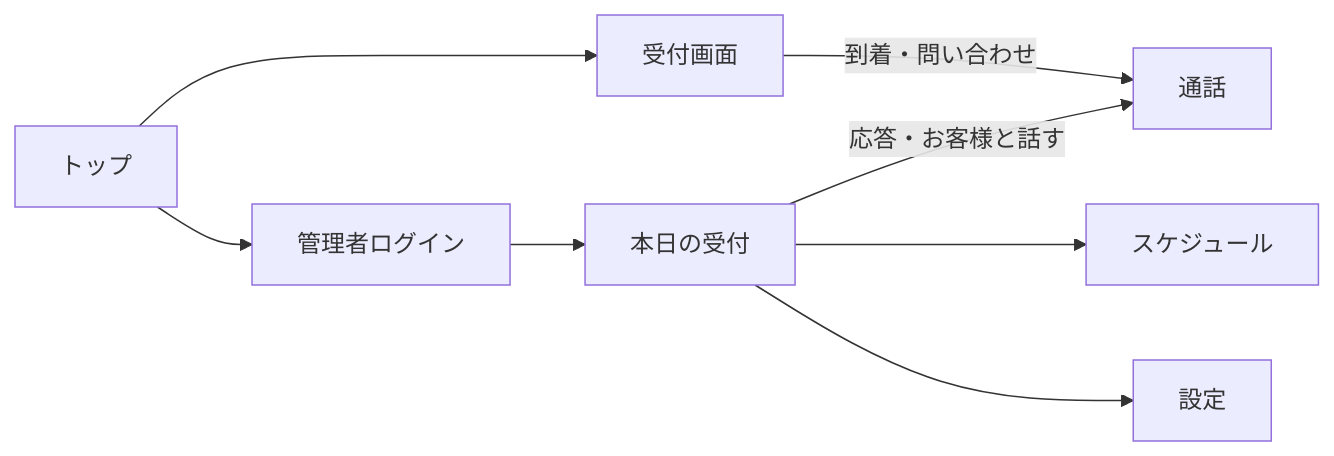
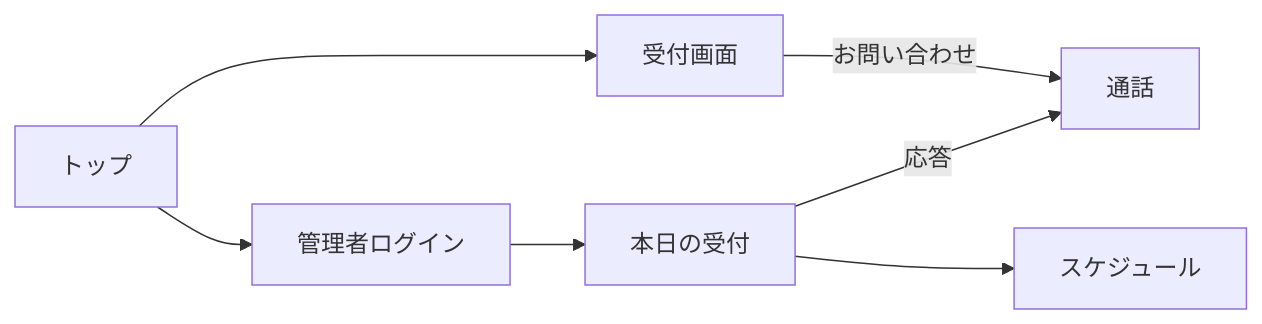
One commit to n0r1k09583/OuchiUketsuke changed the diagram in docs/requirements.md. Above: the diagram before and after it, drawn with Mermaid. The commit also changed other lines of this file and 18 other files, not shown here.

````diff
--- a/docs/requirements.md
+++ b/docs/requirements.md
@@ -94,10 +67,9 @@
 ```mermaid
 flowchart LR
     Top[トップ] --> Rec[受付画面]
     Top --> Login[管理者ログイン]
     Login --> Today[本日の受付]
     Today --> Sch[スケジュール]
-    Today --> Set[設定]
-    Rec -- 到着・問い合わせ --> Call[通話]
-    Today -- 応答・お客様と話す --> Call
+    Rec -- お問い合わせ --> Call[通話]
+    Today -- 応答 --> Call
 ```
````
